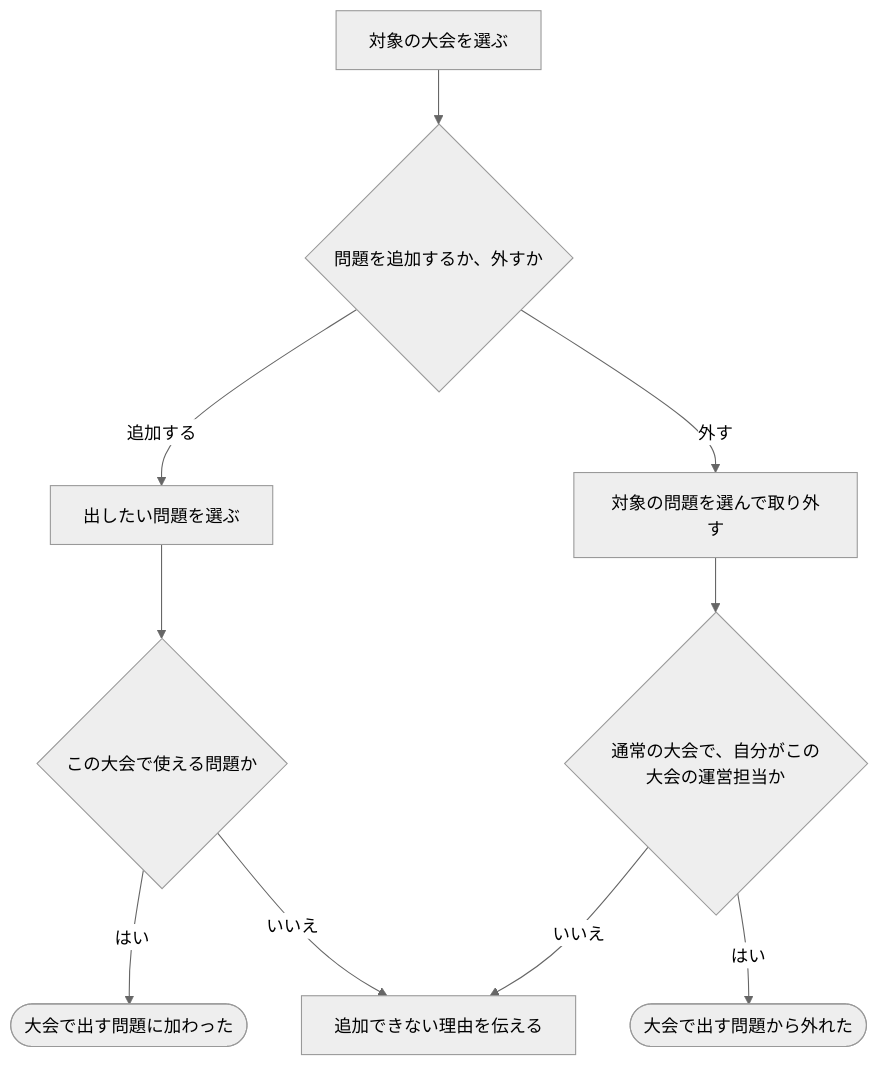
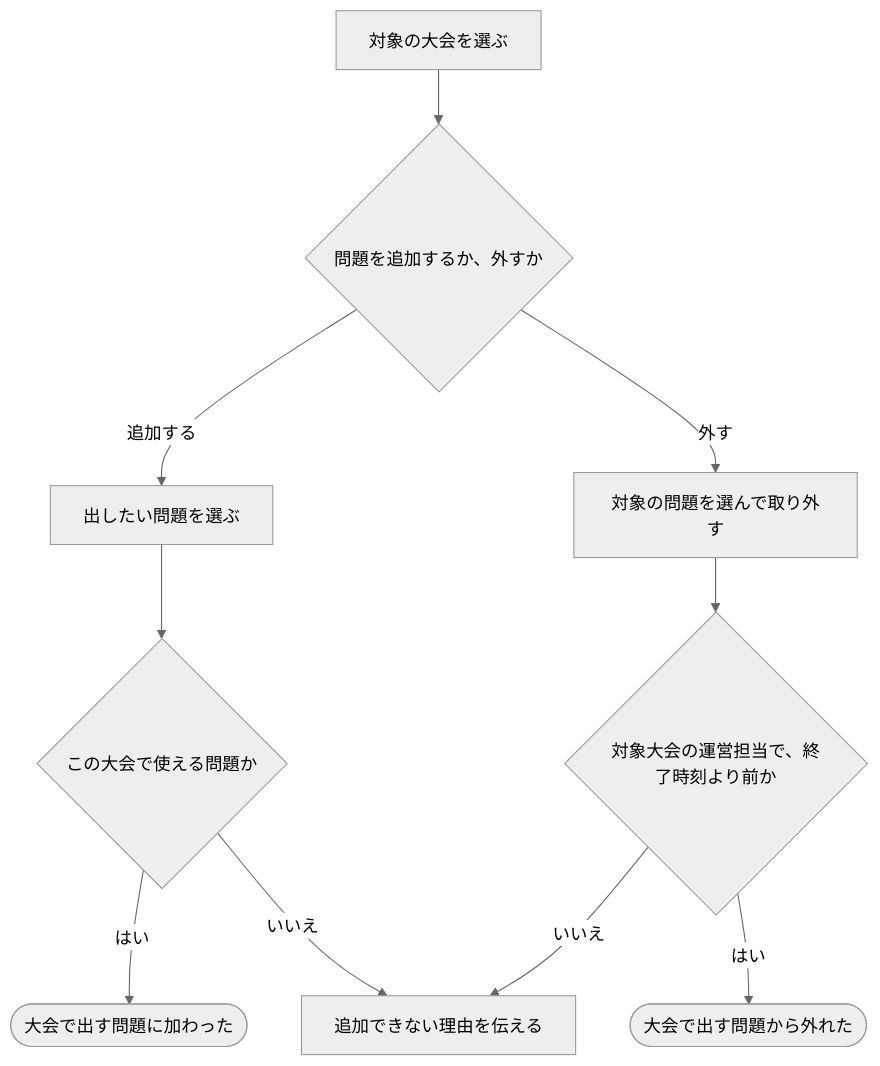
Before and after one commit to traP-jp/traOJudge: the diagram in docs/requirements/scenarios/contests/choose-problems.md, drawn with Mermaid (neutral theme). The commit also changed other lines of this file and 69 other files, not shown here.

````diff
--- a/docs/requirements/scenarios/contests/choose-problems.md
+++ b/docs/requirements/scenarios/contests/choose-problems.md
@@ -26,12 +26,12 @@
 ```mermaid
 flowchart TD
     A["対象の大会を選ぶ"] --> B{"問題を追加するか、外すか"}
     B -->|追加する| C["出したい問題を選ぶ"]
     C --> D{"この大会で使える問題か"}
     D -->|はい| E(["大会で出す問題に加わった"])
     D -->|いいえ| F["追加できない理由を伝える"]
     B -->|外す| G["対象の問題を選んで取り外す"]
-    G --> GX{"通常の大会で、自分がこの大会の運営担当か"}
+    G --> GX{"対象大会の運営担当で、終了時刻より前か"}
     GX -->|はい| H(["大会で出す問題から外れた"])
     GX -->|いいえ| F
 ```
````
